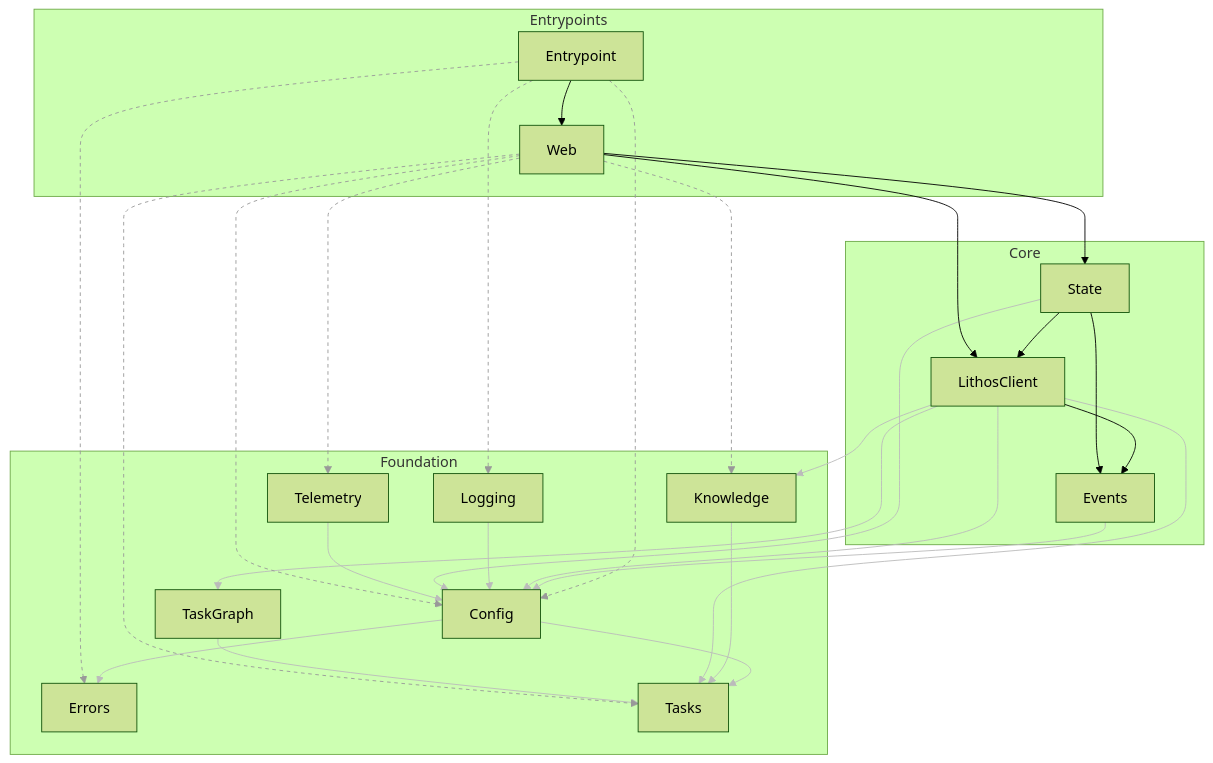
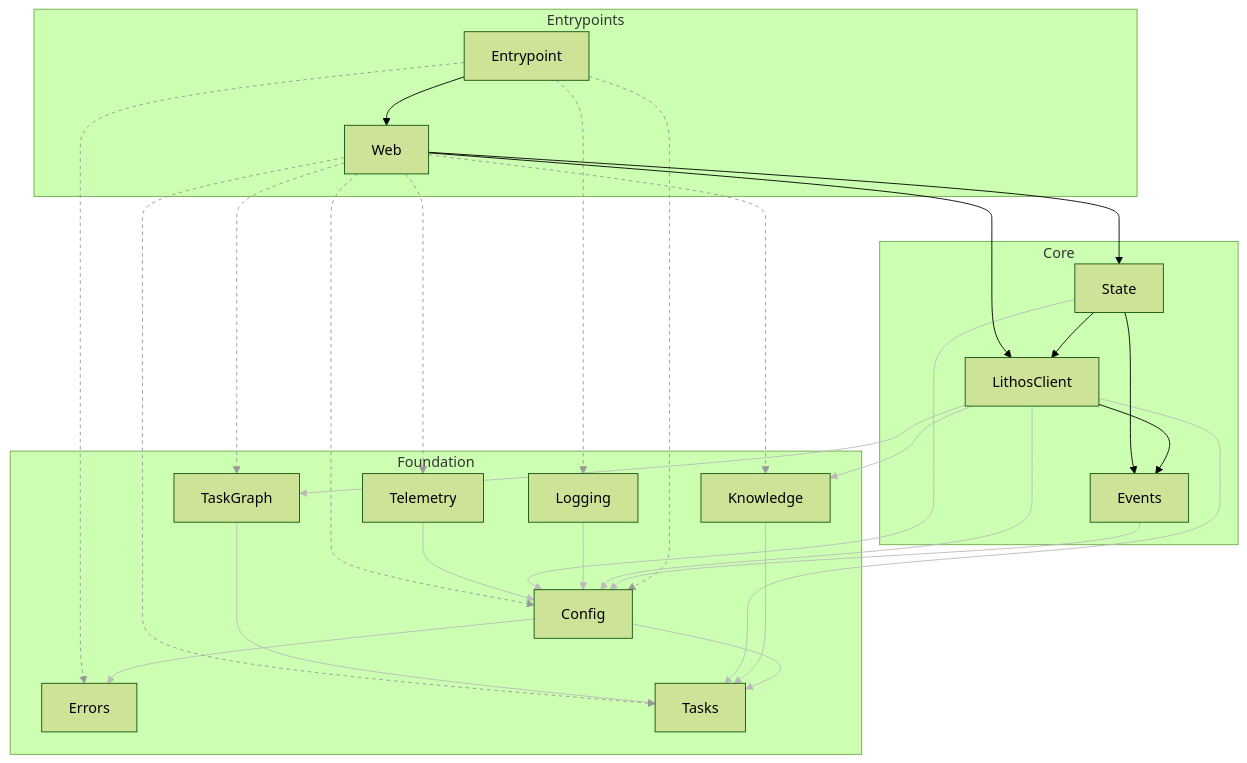
The diagram in docs/generated/architecture.md (agent-lore/lithos-lens), drawn with Mermaid (forest theme) before and after one commit. The commit also changed 18 other files, not shown here.

````diff
--- a/docs/generated/architecture.md
+++ b/docs/generated/architecture.md
@@ -6,77 +6,79 @@
 ```mermaid
 graph TD
   subgraph tier_Entrypoints["Entrypoints"]
     Entrypoint
     Web
   end
   subgraph tier_Core["Core"]
     Events
     LithosClient
     State
   end
   subgraph tier_Foundation["Foundation"]
     Config
     Errors
     Knowledge
     Logging
     TaskGraph
     Tasks
     Telemetry
   end
   click Config "components/Config.md"
   click Entrypoint "components/Entrypoint.md"
   click Errors "components/Errors.md"
   click Events "components/Events.md"
   click Knowledge "components/Knowledge.md"
   click LithosClient "components/LithosClient.md"
   click Logging "components/Logging.md"
   click State "components/State.md"
   click TaskGraph "components/TaskGraph.md"
   click Tasks "components/Tasks.md"
   click Telemetry "components/Telemetry.md"
   click Web "components/Web.md"
   Config --> Errors
   Config --> Tasks
   Entrypoint --> Config
   Entrypoint --> Errors
   Entrypoint --> Logging
   Entrypoint --> Web
   Events --> Config
   Knowledge --> Tasks
   LithosClient --> Config
   LithosClient --> Events
   LithosClient --> Knowledge
   LithosClient --> TaskGraph
   LithosClient --> Tasks
   Logging --> Config
   State --> Config
   State --> Events
   State --> LithosClient
   TaskGraph --> Tasks
   Telemetry --> Config
   Web --> Config
   Web --> Knowledge
   Web --> LithosClient
   Web --> State
+  Web --> TaskGraph
   Web --> Tasks
   Web --> Telemetry
   linkStyle 0 stroke:#bbb
   linkStyle 1 stroke:#bbb
   linkStyle 2 stroke:#999,stroke-dasharray:4
   linkStyle 3 stroke:#999,stroke-dasharray:4
   linkStyle 4 stroke:#999,stroke-dasharray:4
   linkStyle 6 stroke:#bbb
   linkStyle 7 stroke:#bbb
   linkStyle 8 stroke:#bbb
   linkStyle 10 stroke:#bbb
   linkStyle 11 stroke:#bbb
   linkStyle 12 stroke:#bbb
   linkStyle 13 stroke:#bbb
   linkStyle 14 stroke:#bbb
   linkStyle 17 stroke:#bbb
   linkStyle 18 stroke:#bbb
   linkStyle 19 stroke:#999,stroke-dasharray:4
   linkStyle 20 stroke:#999,stroke-dasharray:4
   linkStyle 23 stroke:#999,stroke-dasharray:4
   linkStyle 24 stroke:#999,stroke-dasharray:4
+  linkStyle 25 stroke:#999,stroke-dasharray:4
 ```
````
